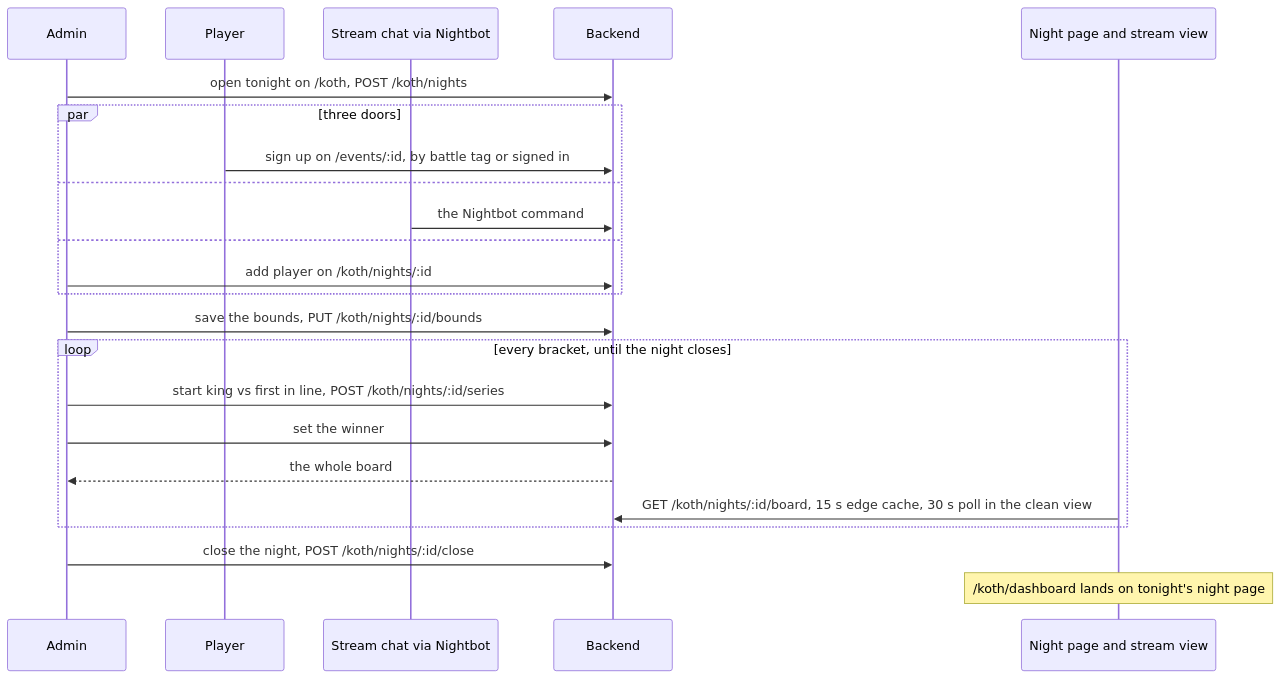
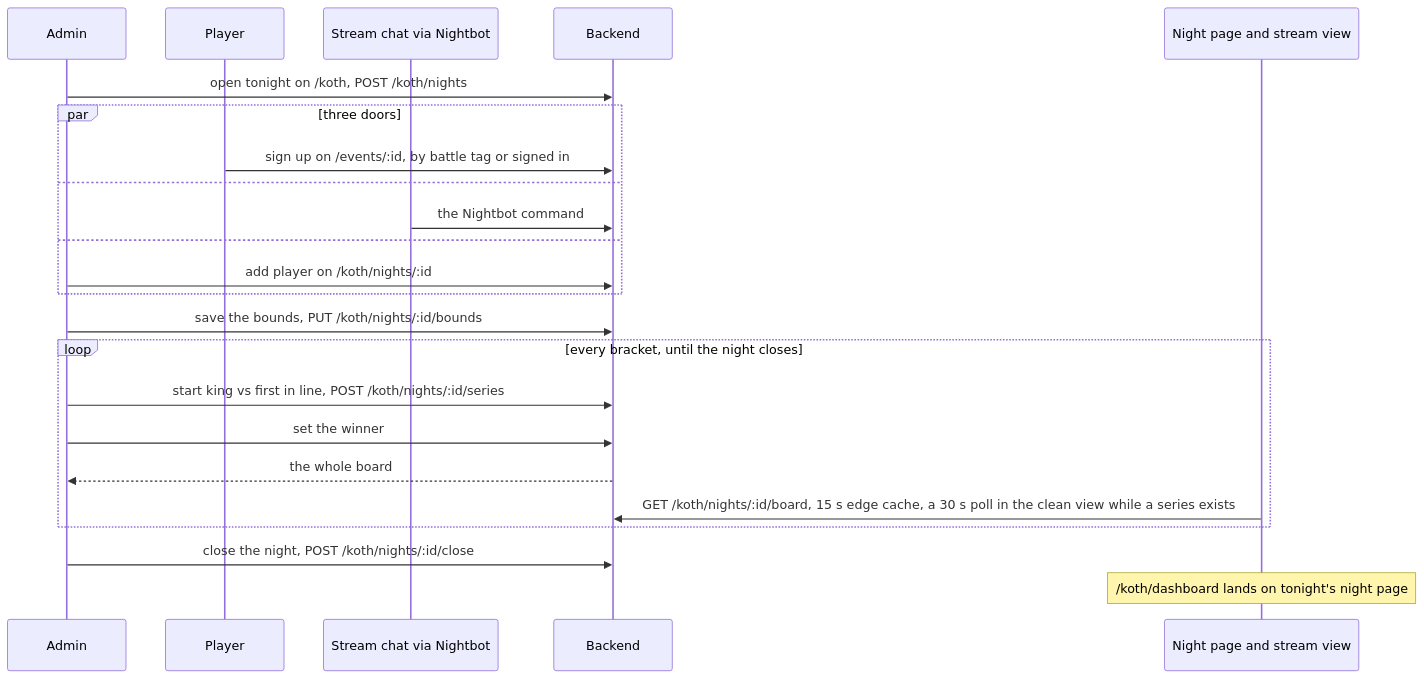
Before and after one commit to Warcraft-Gym/wc3-gym-frontend: the diagram in docs/okf/flows/koth-night.md, drawn with Mermaid. The commit also changed other lines of this file and 30 other files, not shown here.

````diff
--- a/docs/okf/flows/koth-night.md
+++ b/docs/okf/flows/koth-night.md
@@ -43,25 +43,25 @@
 ```mermaid
 sequenceDiagram
     participant Admin
     participant Player
     participant Chat as Stream chat via Nightbot
     participant Backend
     participant Board as Night page and stream view
     Admin->>Backend: open tonight on /koth, POST /koth/nights
     par three doors
         Player->>Backend: sign up on /events/:id, by battle tag or signed in
     and
         Chat->>Backend: the Nightbot command
     and
         Admin->>Backend: add player on /koth/nights/:id
     end
     Admin->>Backend: save the bounds, PUT /koth/nights/:id/bounds
     loop every bracket, until the night closes
         Admin->>Backend: start king vs first in line, POST /koth/nights/:id/series
         Admin->>Backend: set the winner
         Backend-->>Admin: the whole board
-        Board->>Backend: GET /koth/nights/:id/board, 15 s edge cache, 30 s poll in the clean view
+        Board->>Backend: GET /koth/nights/:id/board, 15 s edge cache, a 30 s poll in the clean view while a series exists
     end
     Admin->>Backend: close the night, POST /koth/nights/:id/close
     Note over Board: /koth/dashboard lands on tonight's night page
 ```
````
